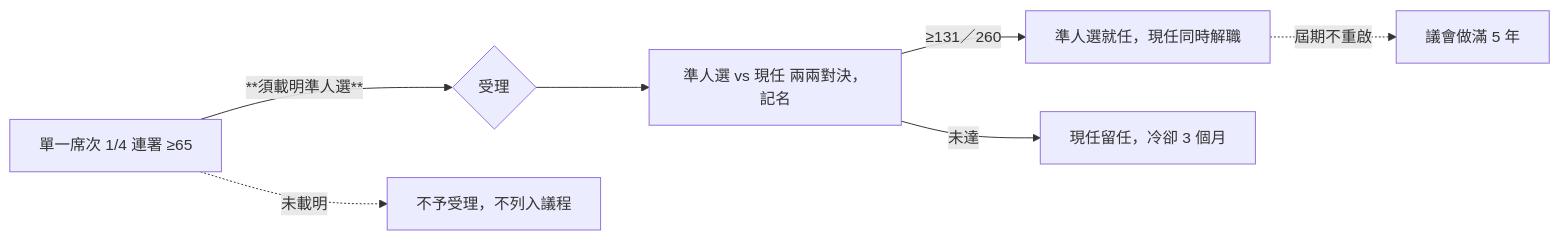
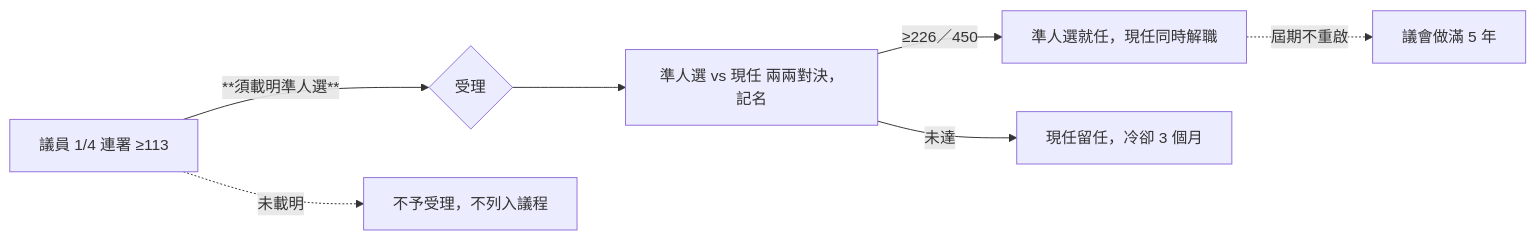
One commit to IRonROOT578/Political-Economy-Research-Public changed the third of 11 diagrams in topics/regime-designs/designs/中國/一院議會制/憲政架構圖.md. Above: the diagram before and after it, drawn with Mermaid. The commit also changed other lines of this file and 241 other files, not shown here.

````diff
--- a/topics/regime-designs/designs/中國/一院議會制/憲政架構圖.md
+++ b/topics/regime-designs/designs/中國/一院議會制/憲政架構圖.md
@@ -45,9 +44,9 @@
 ```mermaid
 flowchart LR
-  Sign[單一席次 1/4 連署 ≥65] -->|**須載明準人選**| Recv{受理}
+  Sign[議員 1/4 連署 ≥113] -->|**須載明準人選**| Recv{受理}
   Sign -.->|未載明| Reject[不予受理，不列入議程]
   Recv --> Duel[準人選 vs 現任 兩兩對決，記名]
-  Duel -->|≥131／260| New[準人選就任，現任同時解職]
+  Duel -->|≥226／450| New[準人選就任，現任同時解職]
   Duel -->|未達| Stay[現任留任，冷卻 3 個月]
   New -.->|屆期不重啟| NA[議會做滿 5 年]
 ```
````
